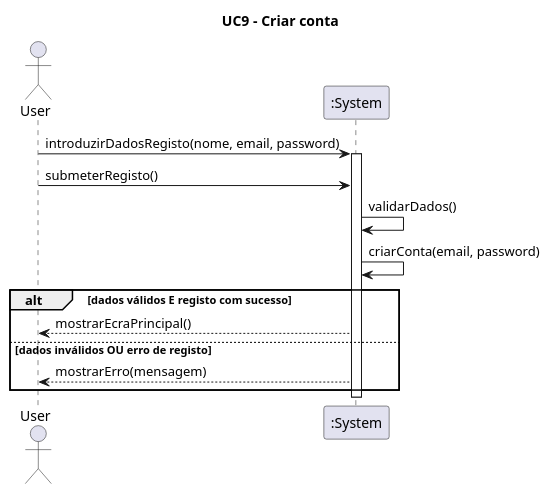
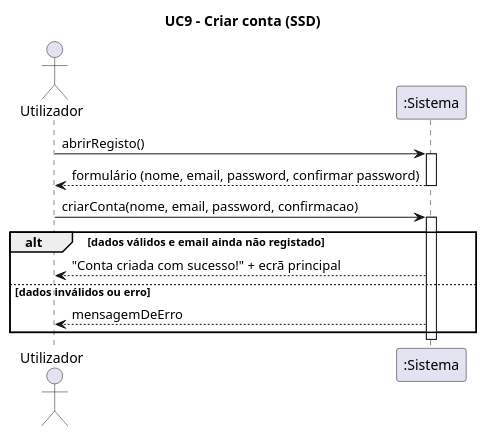
One commit to Diogo-29/DSSMV_ProjectDroid_1240632_1240857 changed the diagram in app/docs/UCs/UC9-SSD.puml. Above: the diagram before and after it, drawn with PlantUML. The commit also changed 72 other files, not shown here.

```diff
--- a/app/docs/UCs/UC9-SSD.puml
+++ b/app/docs/UCs/UC9-SSD.puml
@@ -1,27 +1,19 @@
 @startuml
+title UC9 - Criar conta (SSD)
 
-title UC9 - Criar conta
+actor "Utilizador" as U
+participant ":Sistema" as S
 
-actor User
-participant ":System" as System
-
-User -> System: introduzirDadosRegisto(nome, email, password)
-activate System
-
-User -> System: submeterRegisto()
-
-    System -> System: validarDados()
-
-    System -> System: criarConta(email, password)
-
-    alt dados válidos E registo com sucesso
-
-        System --> User: mostrarEcraPrincipal()
-
-    else dados inválidos OU erro de registo
-
-        System --> User: mostrarErro(mensagem)
-    end
-
-deactivate System
+U -> S: abrirRegisto()
+activate S
+S --> U: formulário (nome, email, password, confirmar password)
+deactivate S
+U -> S: criarConta(nome, email, password, confirmacao)
+activate S
+alt dados válidos e email ainda não registado
+  S --> U: "Conta criada com sucesso!" + ecrã principal
+else dados inválidos ou erro
+  S --> U: mensagemDeErro
+end
+deactivate S
 @enduml
```
